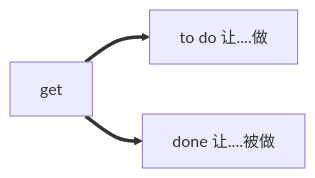
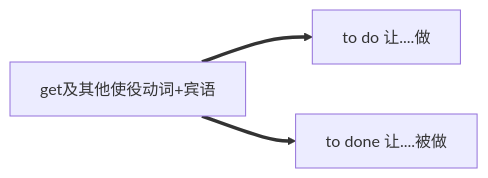
Diagram 13 of 13 in 非谓语动词/非谓语动词整理.md (fuutianyii/english), drawn with Mermaid before and after one commit. The commit also changed other lines of this file, not shown here.

````diff
--- a/非谓语动词/非谓语动词整理.md
+++ b/非谓语动词/非谓语动词整理.md
@@ -446,5 +454,5 @@
 ```mermaid
 graph LR
-B["get"] ==> todo["to do 让....做"]
-B["get"] ==> bedone["done 让....被做"]
+B["get及其他使役动词+宾语"] ==> todo["to do 让....做"]
+B["get及其他使役动词+宾语"] ==> bedone["to done 让....被做"]
 ```
````
